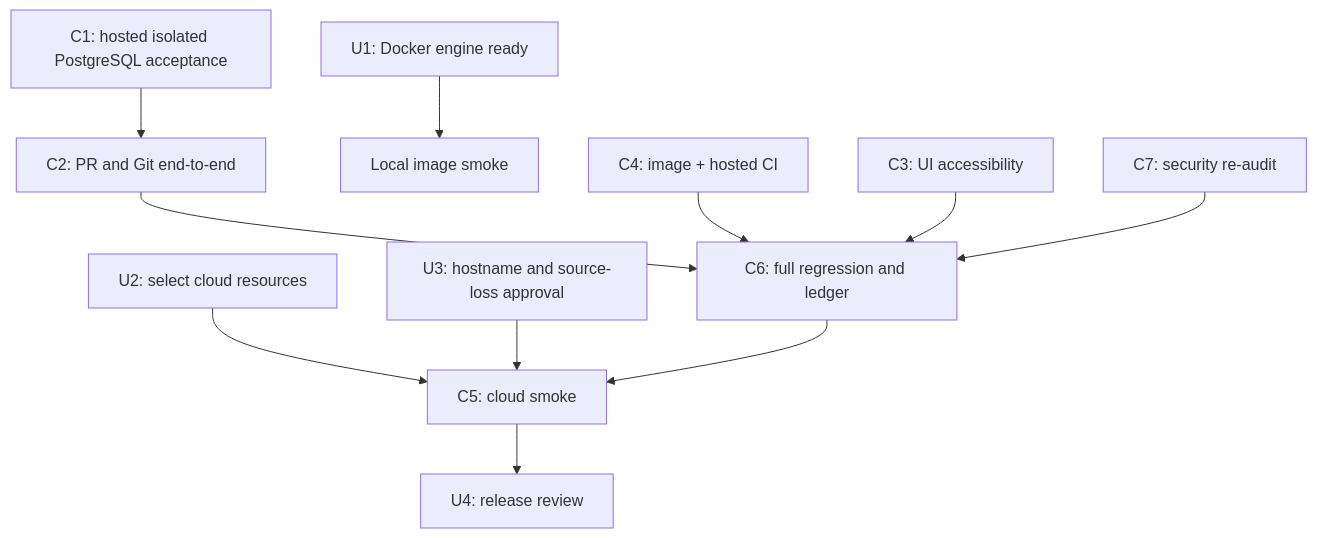
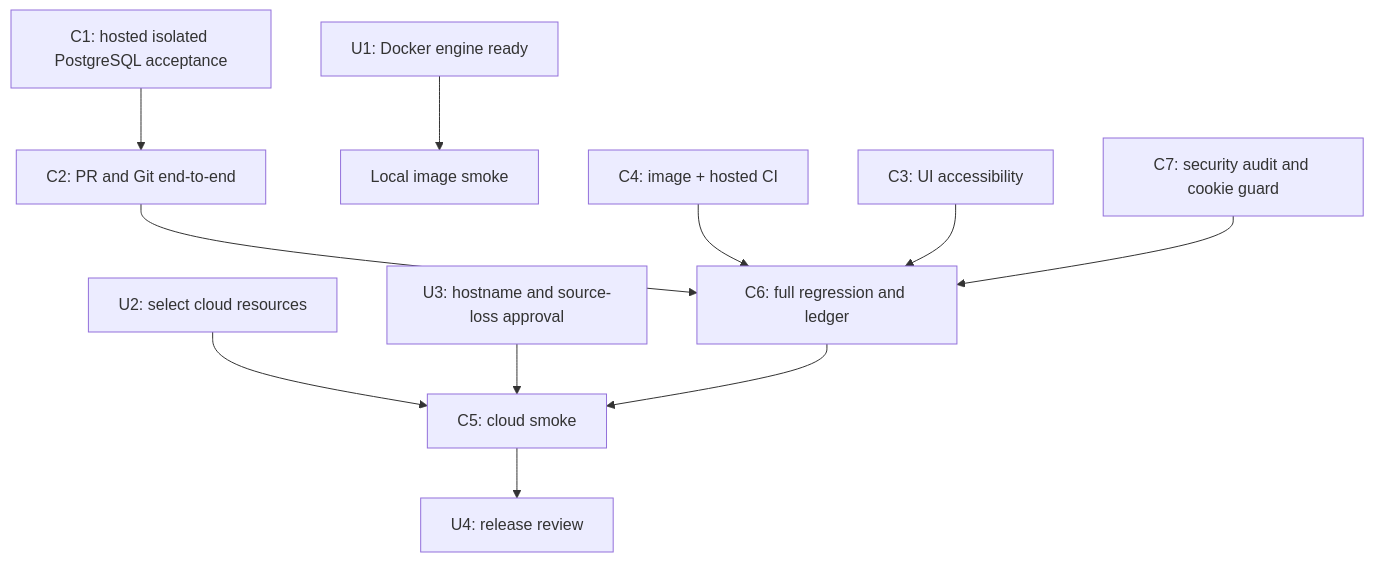
The diagram in docs/next-actions.md (VuLeCoder/Code-forge), drawn with Mermaid before and after one commit. The commit also changed other lines of this file and 6 other files, not shown here.

````diff
--- a/docs/next-actions.md
+++ b/docs/next-actions.md
@@ -30,13 +30,13 @@
 ```mermaid
 flowchart TD
   C1[C1: hosted isolated PostgreSQL acceptance] --> C2[C2: PR and Git end-to-end]
   U1[U1: Docker engine ready] --> localSmoke[Local image smoke]
   C2 --> C6[C6: full regression and ledger]
   C4[C4: image + hosted CI] --> C6
   C3[C3: UI accessibility] --> C6
-  C7[C7: security re-audit] --> C6
+  C7[C7: security audit and cookie guard] --> C6
   U2[U2: select cloud resources] --> C5[C5: cloud smoke]
   U3[U3: hostname and source-loss approval] --> C5
   C6 --> C5
   C5 --> U4[U4: release review]
 ```
````
